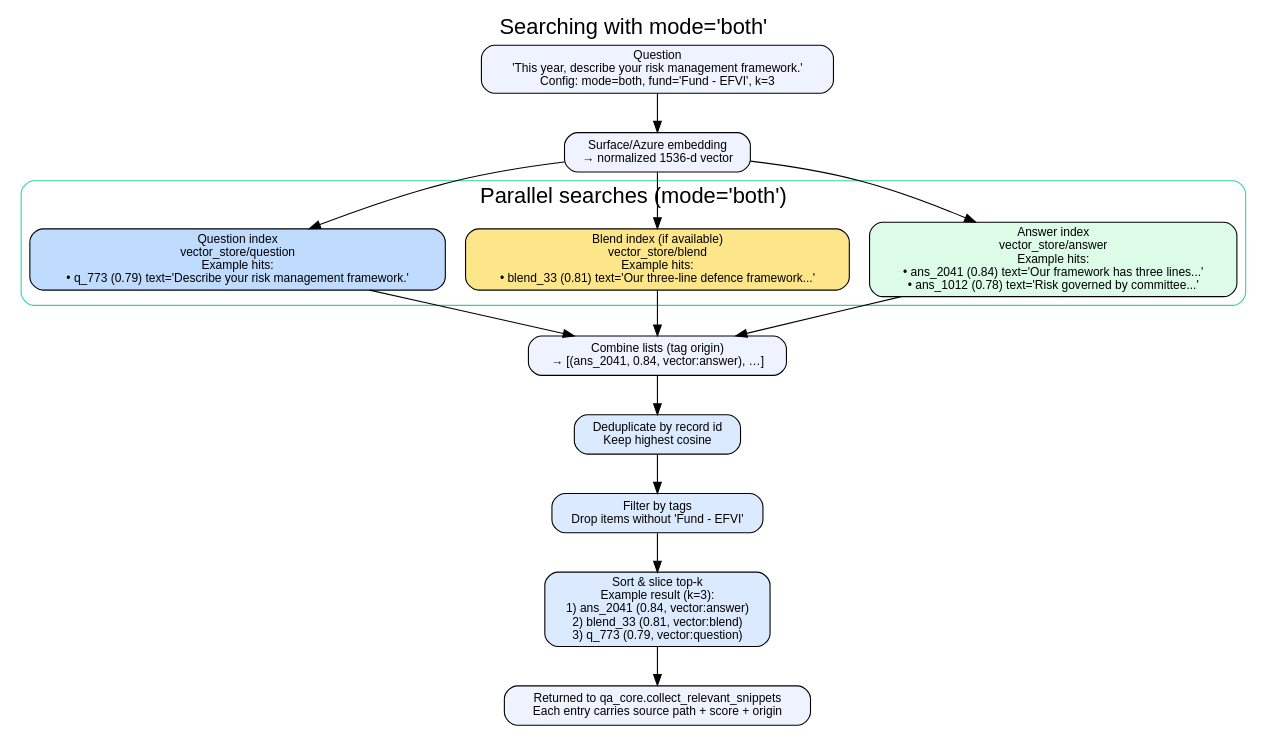
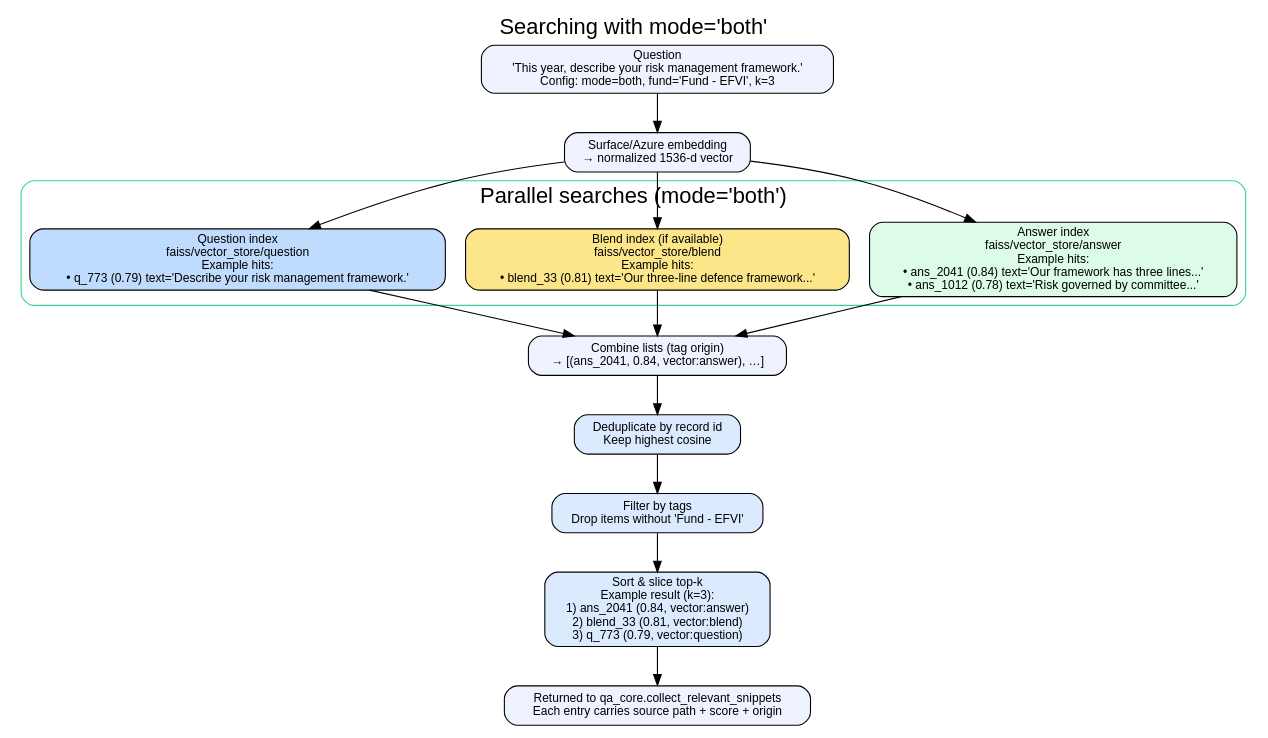
Before and after one commit to chris544460/rfp: the diagram in docs/diagrams/vector_modes.dot, drawn with Graphviz. The commit also changed 8 other files, not shown here.

Commit message:
refactor: relocate faiss vector store under stack

```diff
--- a/docs/diagrams/vector_modes.dot
+++ b/docs/diagrams/vector_modes.dot
@@ -1,39 +1,39 @@
 digraph VectorModes {
     graph [label="Searching with mode='both'", labelloc="t", fontsize=20, fontname="Helvetica"];
     rankdir=TB;
     splines=true;
     node [shape=rect, style="rounded,filled", fillcolor="#eef3ff", fontname="Helvetica", fontsize=11];
 
     question [label="Question\n'This year, describe your risk management framework.'\nConfig: mode=both, fund='Fund - EFVI', k=3"];
     embed [label="Surface/Azure embedding\n→ normalized 1536-d vector"];
 
     question -> embed;
 
     subgraph cluster_indexes {
         label="Parallel searches (mode='both')";
         color="#34d399";
         style="rounded";
-        answer_hits [label="Answer index\nvector_store/answer\nExample hits:\n• ans_2041 (0.84) text='Our framework has three lines...'\n• ans_1012 (0.78) text='Risk governed by committee...'" fillcolor="#dcfce7"];
-        blend_hits [label="Blend index (if available)\nvector_store/blend\nExample hits:\n• blend_33 (0.81) text='Our three-line defence framework...'" fillcolor="#fde68a"];
-        question_hits [label="Question index\nvector_store/question\nExample hits:\n• q_773 (0.79) text='Describe your risk management framework.'" fillcolor="#bfdbfe"];
+        answer_hits [label="Answer index\nfaiss/vector_store/answer\nExample hits:\n• ans_2041 (0.84) text='Our framework has three lines...'\n• ans_1012 (0.78) text='Risk governed by committee...'" fillcolor="#dcfce7"];
+        blend_hits [label="Blend index (if available)\nfaiss/vector_store/blend\nExample hits:\n• blend_33 (0.81) text='Our three-line defence framework...'" fillcolor="#fde68a"];
+        question_hits [label="Question index\nfaiss/vector_store/question\nExample hits:\n• q_773 (0.79) text='Describe your risk management framework.'" fillcolor="#bfdbfe"];
     }
 
     embed -> answer_hits;
     embed -> blend_hits;
     embed -> question_hits;
 
     union [label="Combine lists (tag origin)\n→ [(ans_2041, 0.84, vector:answer), …]"];
     dedupe [label="Deduplicate by record id\nKeep highest cosine" fillcolor="#dbeafe"];
     fund_filter [label="Filter by tags\nDrop items without 'Fund - EFVI'" fillcolor="#dbeafe"];
     topk [label="Sort & slice top-k\nExample result (k=3):\n1) ans_2041 (0.84, vector:answer)\n2) blend_33 (0.81, vector:blend)\n3) q_773 (0.79, vector:question)" fillcolor="#dbeafe"];
 
     answer_hits -> union;
     blend_hits -> union;
     question_hits -> union;
 
     union -> dedupe -> fund_filter -> topk;
 
     result [label="Returned to qa_core.collect_relevant_snippets\nEach entry carries source path + score + origin"];
 
     topk -> result;
 }
```
